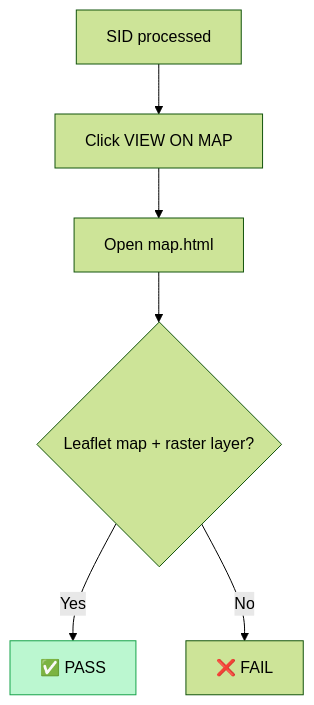
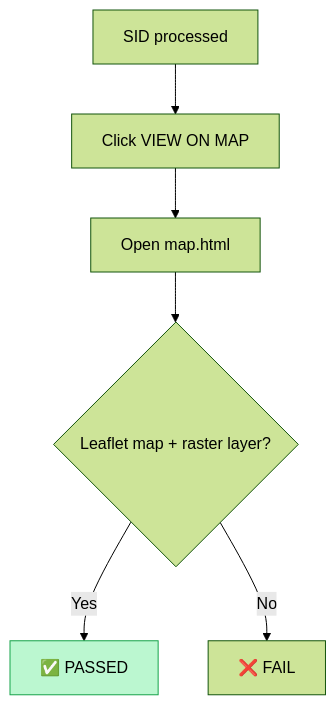
One commit to GeoWGS84-Testing/Mrsid-Extension changed diagram 14 of 38 in README.md. Above: the diagram before and after it, drawn with Mermaid (forest theme). The commit also changed other lines of this file, not shown here.

````diff
--- a/README.md
+++ b/README.md
@@ -442,10 +472,9 @@
 ```mermaid
 flowchart TD
   A[SID processed] --> B[Click VIEW ON MAP]
   B --> C[Open map.html]
   C --> D{Leaflet map + raster layer?}
-  D -->|Yes| P[✅ PASS]
+  D -->|Yes| P[✅ PASSED]
   D -->|No| X[❌ FAIL]
-
   style P fill:#bbf7d0,stroke:#16a34a
 ```
````
